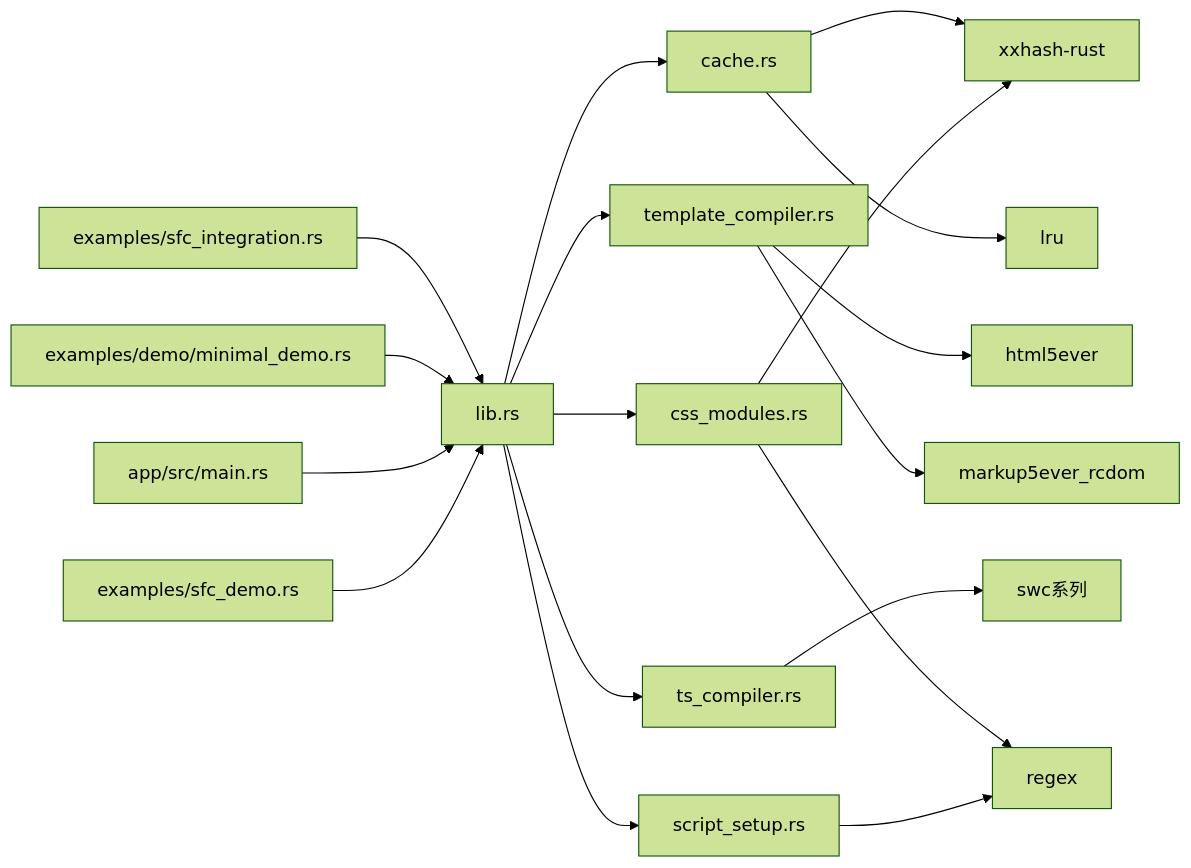
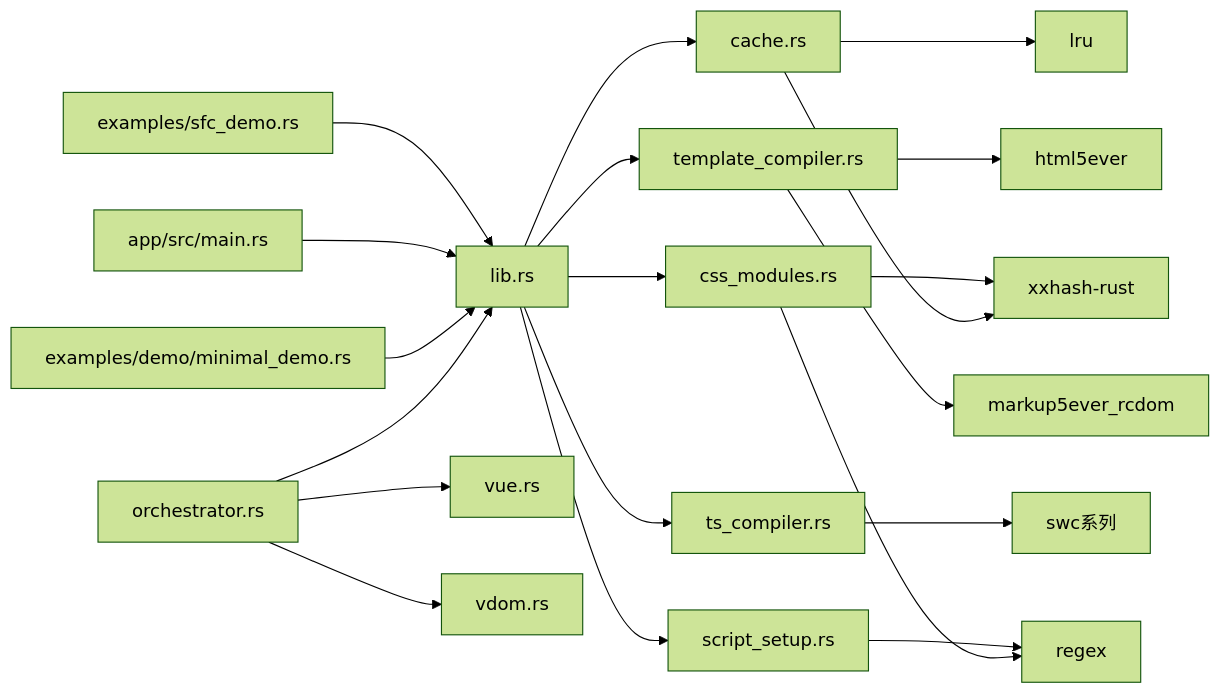
One commit to itszzl-sudo/iris changed diagram 15 of 17 in .qoder/repowiki/zh/content/技术架构详解/即时转译系统/SFC编译器初始化机制/SFC集成示例.md. Above: the diagram before and after it, drawn with Mermaid (forest theme). The commit also changed other lines of this file and 8 other files, not shown here.

````diff
--- a/.qoder/repowiki/zh/content/技术架构详解/即时转译系统/SFC编译器初始化机制/SFC集成示例.md
+++ b/.qoder/repowiki/zh/content/技术架构详解/即时转译系统/SFC编译器初始化机制/SFC集成示例.md
@@ -508,20 +614,22 @@
 ```mermaid
 graph LR
 LIB[lib.rs] --> CACHE[cache.rs]
 LIB --> TEMPLATE[template_compiler.rs]
 LIB --> TS[ts_compiler.rs]
 LIB --> CSS[css_modules.rs]
 LIB --> SETUP[script_setup.rs]
 CACHE --> XXHASH[xxhash-rust]
 CACHE --> LRU[lru]
 TEMPLATE --> HTML5EVER[html5ever]
 TEMPLATE --> MARKUP5EVER[markup5ever_rcdom]
 TS --> SWC[swc系列]
 CSS --> REGEX[regex]
 CSS --> XXHASH
 SETUP --> REGEX
-APP[examples/sfc_integration.rs] --> LIB
+ENGINE[orchestrator.rs] --> LIB
+ENGINE --> JS[vue.rs]
+ENGINE --> LAYOUT[vdom.rs]
 MINIMAL[examples/demo/minimal_demo.rs] --> LIB
 MAIN[app/src/main.rs] --> LIB
 DEMO[examples/sfc_demo.rs] --> LIB
 ```
````
